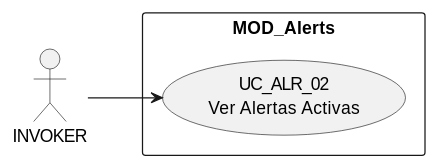
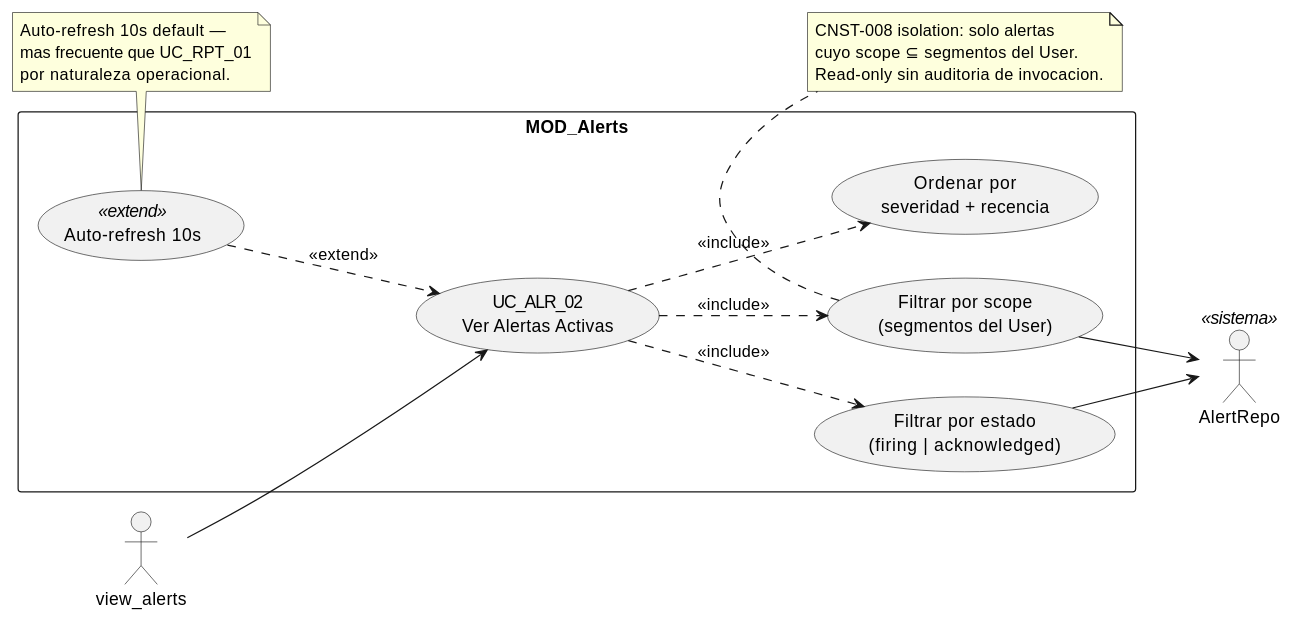
Before and after one commit to jcg-admin/IACT-docs: the diagram in source/requisitos/casos-uso/alerts/uc-alr-02/diagramas-uml/diagrama-de-caso-de-uso.rst, drawn with PlantUML. The commit also changed 8 other files, not shown here.

```diff
--- a/source/requisitos/casos-uso/alerts/uc-alr-02/diagramas-uml/diagrama-de-caso-de-uso.rst
+++ b/source/requisitos/casos-uso/alerts/uc-alr-02/diagramas-uml/diagrama-de-caso-de-uso.rst
@@ -4,22 +4,40 @@
 .. uml::
  :caption: UC_ALR_02 — actores y casos asociados
 
  @startuml
 
  left to right direction
 
- ' TODO (use-case-view-uml07-rebuild Nivel A): completar
- ' actores (INVOKER + beneficiarios + Sistema), sub-usecases
- ' (validaciones, side-effects, audit emit), relaciones
- ' (`<<include>>`, `<<extend>>`) y notas referenciando BRs/CNSTs.
- ' Ver patron canonico en uc-acc-01/diagramas-uml/diagrama-de-caso-de-uso.rst.
-
- actor "INVOKER" as INVOKER
+ actor "view_alerts" as INVOKER
+ actor "AlertRepo" as REPO <<sistema>>
 
  rectangle "MOD_Alerts" {
    usecase "UC_ALR_02\nVer Alertas Activas" as UC_ALR_02
+   usecase "Filtrar por scope\n(segmentos del User)" as FILTRAR_SCOPE
+   usecase "Filtrar por estado\n(firing | acknowledged)" as FILTRAR_ESTADO
+   usecase "Ordenar por\nseveridad + recencia" as ORDENAR
+   usecase "Auto-refresh 10s" as REFRESH <<extend>>
  }
 
  INVOKER --> UC_ALR_02
+ UC_ALR_02 ..> FILTRAR_SCOPE : <<include>>
+ UC_ALR_02 ..> FILTRAR_ESTADO : <<include>>
+ UC_ALR_02 ..> ORDENAR : <<include>>
+ REFRESH ..> UC_ALR_02 : <<extend>>
+
+ FILTRAR_SCOPE --> REPO
+ FILTRAR_ESTADO --> REPO
+
+ note bottom of FILTRAR_SCOPE
+   CNST-008 isolation: solo alertas
+   cuyo scope ⊆ segmentos del User.
+   Read-only sin auditoria de invocacion.
+ end note
+
+ note bottom of REFRESH
+   Auto-refresh 10s default —
+   mas frecuente que UC_RPT_01
+   por naturaleza operacional.
+ end note
 
  @enduml
```
